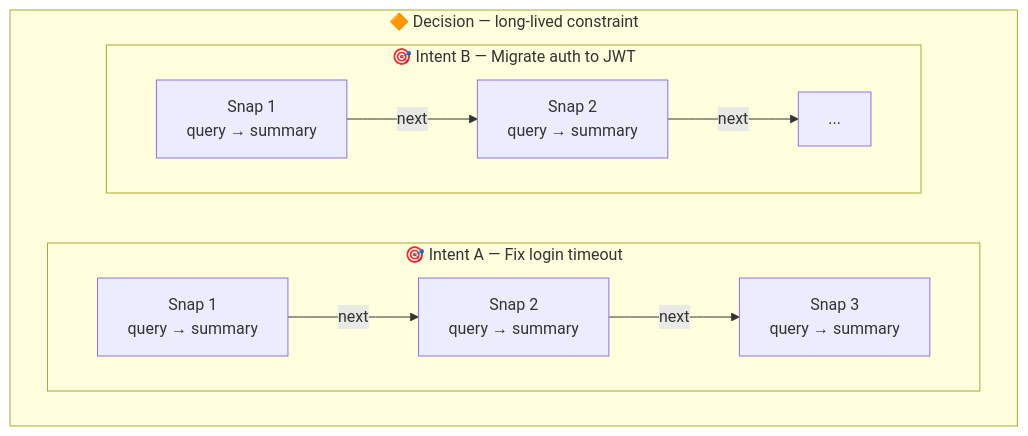
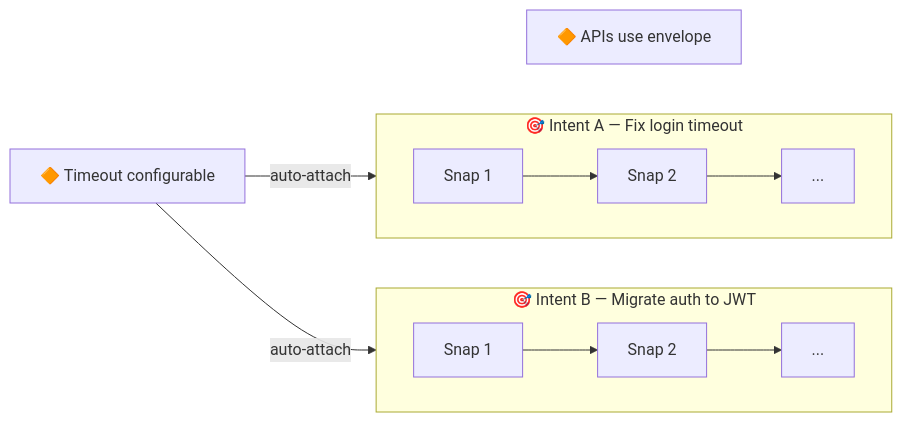
One commit to dozybot001/Intent changed the second of 2 diagrams in README.md. Above: the diagram before and after it, drawn with Mermaid. The commit also changed 1 other file, not shown here.

Commit message:
Revert Fig.2 to second version (D1/D2 left, Intents right)

````diff
--- a/README.md
+++ b/README.md
@@ -56,13 +56,19 @@
 ```mermaid
-flowchart TB
-  subgraph Decision["🔶 Decision — long-lived constraint"]
-    subgraph IntentA["🎯 Intent A — Fix login timeout"]
-      direction LR
-      S1["Snap 1\nquery → summary"] -->|next| S2["Snap 2\nquery → summary"] -->|next| S3["Snap 3\nquery → summary"]
-    end
-    subgraph IntentB["🎯 Intent B — Migrate auth to JWT"]
-      direction LR
-      S4["Snap 1\nquery → summary"] -->|next| S5["Snap 2\nquery → summary"] -->|next| S6["..."]
-    end
+flowchart LR
+  D1["🔶 Timeout configurable"]
+  D2["🔶 APIs use envelope"]
+  D1 ~~~ D2
+
+  subgraph IntentA["🎯 Intent A — Fix login timeout"]
+    direction LR
+    S1["Snap 1"] --> S2["Snap 2"] --> S3["..."]
   end
+
+  subgraph IntentB["🎯 Intent B — Migrate auth to JWT"]
+    direction LR
+    S4["Snap 1"] --> S5["Snap 2"] --> S6["..."]
+  end
+
+  D1 -- auto-attach --> IntentA
+  D1 -- auto-attach --> IntentB
 ```
````
